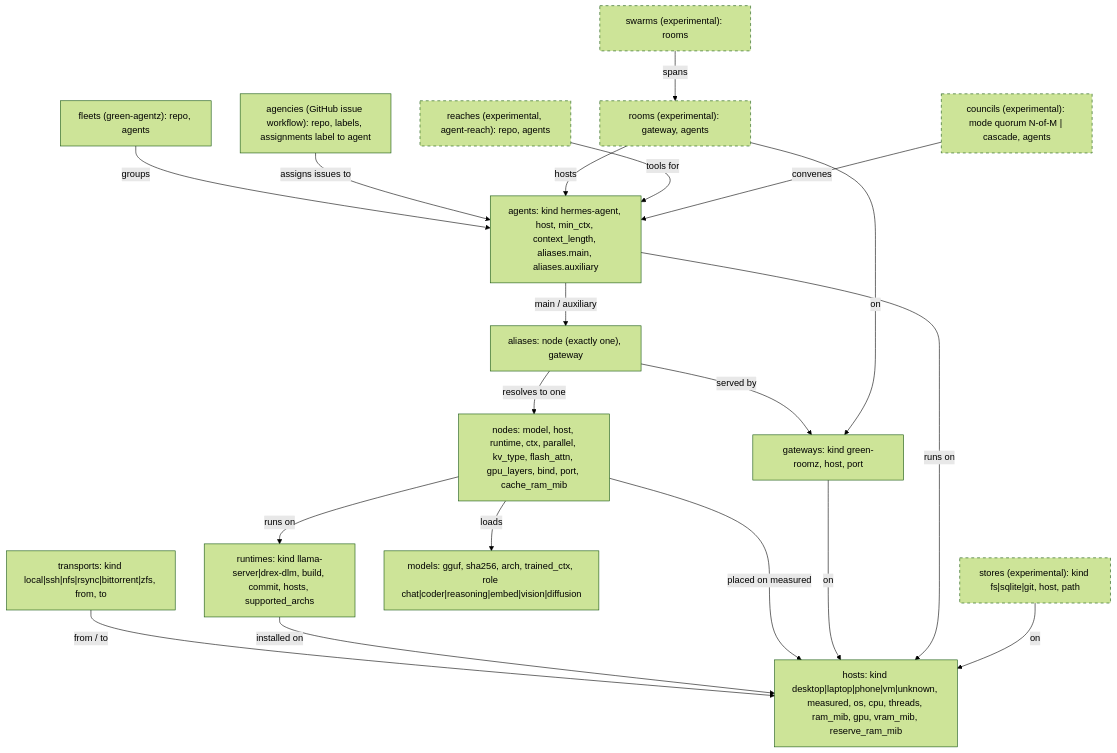
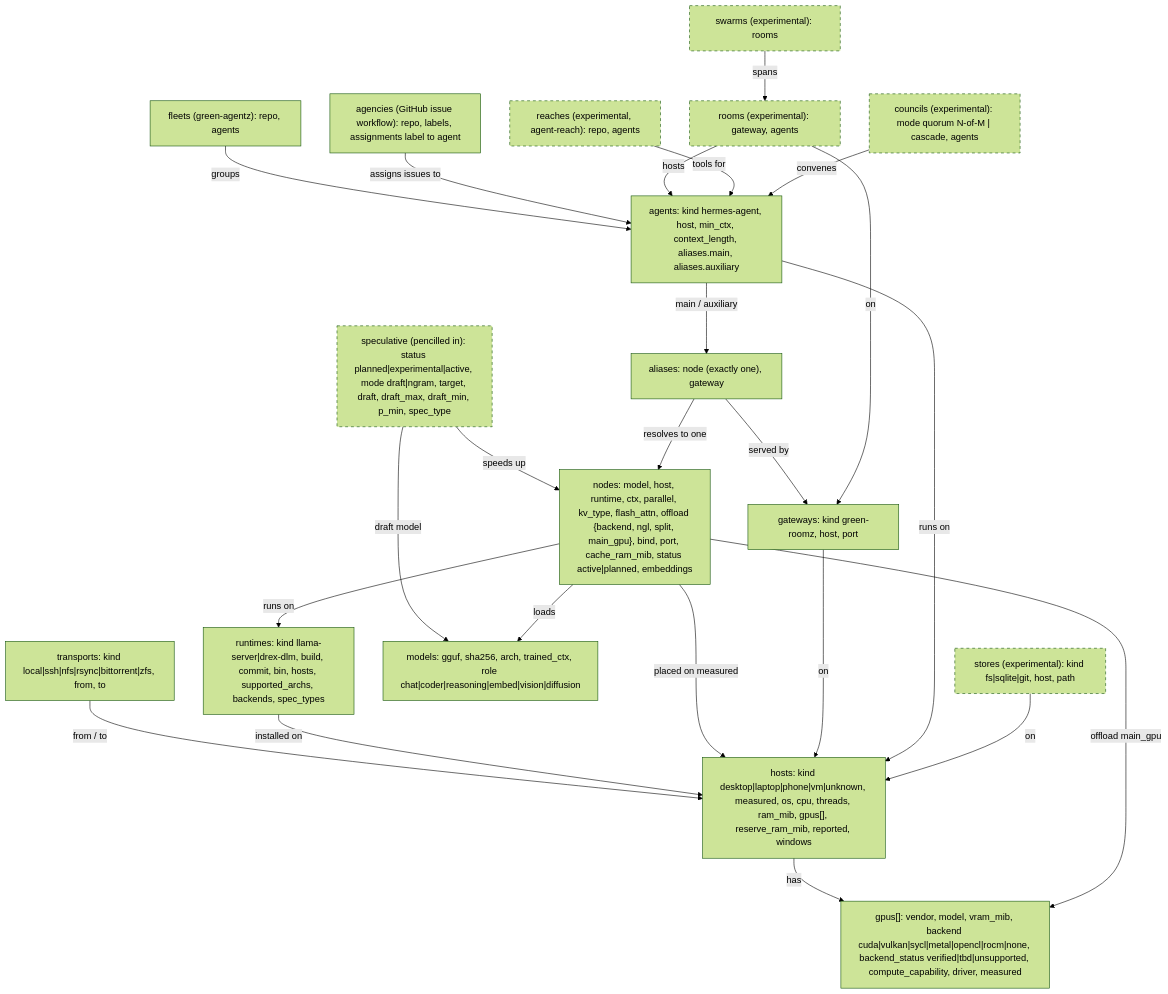
Before and after one commit to brianreborn/familia: the diagram in docs/graph-types.md, drawn with Mermaid (forest theme). The commit also changed other lines of this file and 4 other files, not shown here.

First line of the commit message:
Graph: GPU fields on every host, per-node offload, pencilled-in speculative edge, qodesh Windows host (refs #19)

````diff
--- a/docs/graph-types.md
+++ b/docs/graph-types.md
@@ -20,38 +20,44 @@
 ```mermaid
 graph TD
-  host["hosts: kind desktop|laptop|phone|vm|unknown, measured, os, cpu, threads, ram_mib, gpu, vram_mib, reserve_ram_mib"]
+  host["hosts: kind desktop|laptop|phone|vm|unknown, measured, os, cpu, threads, ram_mib, gpus[], reserve_ram_mib, reported, windows"]
+  gpu["gpus[]: vendor, model, vram_mib, backend cuda|vulkan|sycl|metal|opencl|rocm|none, backend_status verified|tbd|unsupported, compute_capability, driver, measured"]
   transport["transports: kind local|ssh|nfs|rsync|bittorrent|zfs, from, to"]
-  runtime["runtimes: kind llama-server|drex-dlm, build, commit, hosts, supported_archs"]
+  runtime["runtimes: kind llama-server|drex-dlm, build, commit, bin, hosts, supported_archs, backends, spec_types"]
   model["models: gguf, sha256, arch, trained_ctx, role chat|coder|reasoning|embed|vision|diffusion"]
-  node["nodes: model, host, runtime, ctx, parallel, kv_type, flash_attn, gpu_layers, bind, port, cache_ram_mib"]
+  node["nodes: model, host, runtime, ctx, parallel, kv_type, flash_attn, offload {backend, ngl, split, main_gpu}, bind, port, cache_ram_mib, status active|planned, embeddings"]
+  spec["speculative (pencilled in): status planned|experimental|active, mode draft|ngram, target, draft, draft_max, draft_min, p_min, spec_type"]:::exp
   gateway["gateways: kind green-roomz, host, port"]
   alias["aliases: node (exactly one), gateway"]
   agent["agents: kind hermes-agent, host, min_ctx, context_length, aliases.main, aliases.auxiliary"]
   fleet["fleets (green-agentz): repo, agents"]
   agency["agencies (GitHub issue workflow): repo, labels, assignments label to agent"]
   room["rooms (experimental): gateway, agents"]:::exp
   swarm["swarms (experimental): rooms"]:::exp
   store["stores (experimental): kind fs|sqlite|git, host, path"]:::exp
   reach["reaches (experimental, agent-reach): repo, agents"]:::exp
   council["councils (experimental): mode quorum N-of-M | cascade, agents"]:::exp
 
+  host -->|has| gpu
+  node -->|offload main_gpu| gpu
+  spec -->|draft model| model
+  spec -->|speeds up| node
   transport -->|from / to| host
   runtime -->|installed on| host
   node -->|placed on measured| host
   node -->|runs on| runtime
   node -->|loads| model
   alias -->|resolves to one| node
   alias -->|served by| gateway
   gateway -->|on| host
   agent -->|main / auxiliary| alias
   agent -->|runs on| host
   fleet -->|groups| agent
   agency -->|assigns issues to| agent
   room -->|on| gateway
   room -->|hosts| agent
   swarm -->|spans| room
   store -->|on| host
   reach -->|tools for| agent
   council -->|convenes| agent
   classDef exp stroke-dasharray: 5 5
 ```
````
